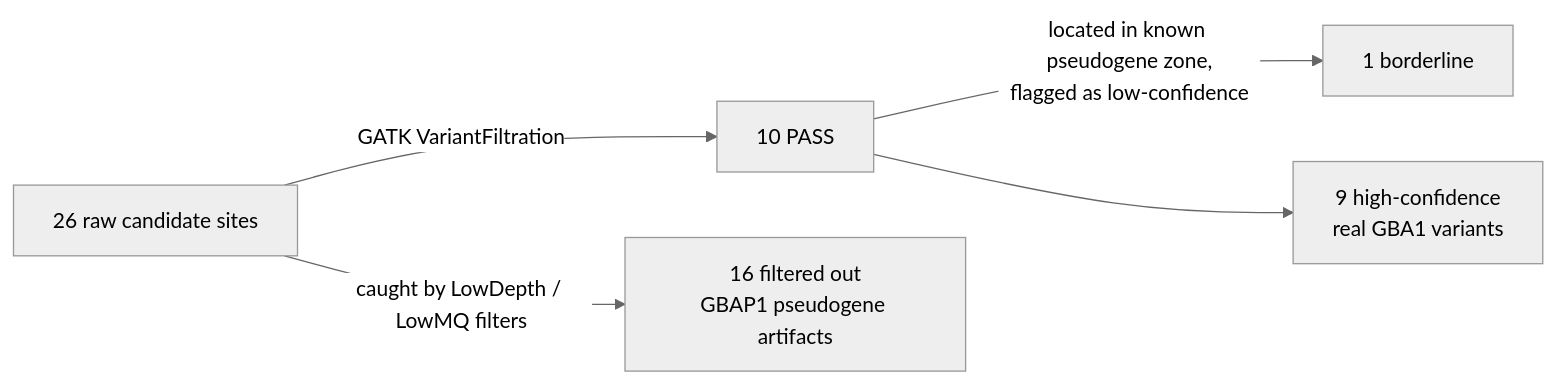
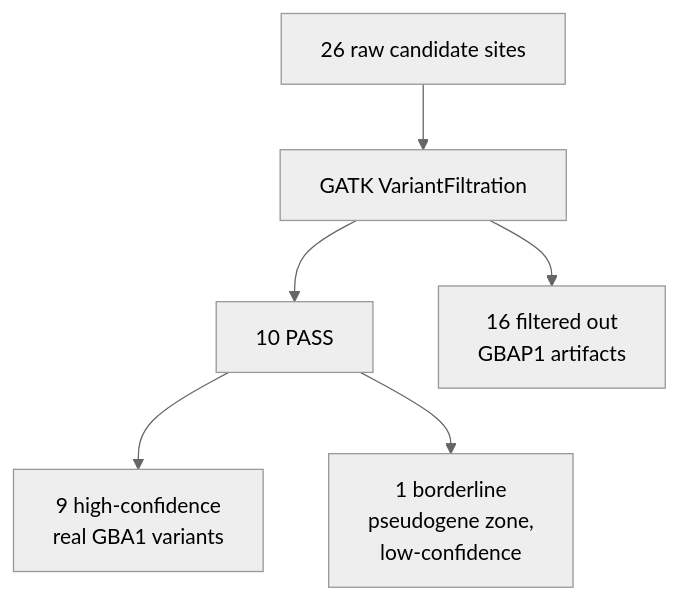
Before and after one commit to Eswar-mse/GBA-variant-pipeline: the second of 2 diagrams in README.md, drawn with Mermaid (neutral theme).

Commit message:
Fix cutt-off filtering

````diff
--- a/README.md
+++ b/README.md
@@ -113,7 +113,8 @@
 ```mermaid
-flowchart LR
-    A[26 raw candidate sites] -->|GATK VariantFiltration| B[10 PASS]
-    A -->|caught by LowDepth / LowMQ filters| C[16 filtered out<br/>GBAP1 pseudogene artifacts]
-    B -->|located in known pseudogene zone,<br/>flagged as low-confidence| D[1 borderline]
-    B --> E[9 high-confidence<br/>real GBA1 variants]
+flowchart TD
+    A[26 raw candidate sites] --> B[GATK VariantFiltration]
+    B --> C[10 PASS]
+    B --> D[16 filtered out<br/>GBAP1 artifacts]
+    C --> E[9 high-confidence<br/>real GBA1 variants]
+    C --> F[1 borderline<br/>pseudogene zone,<br/>low-confidence]
 ```
````
